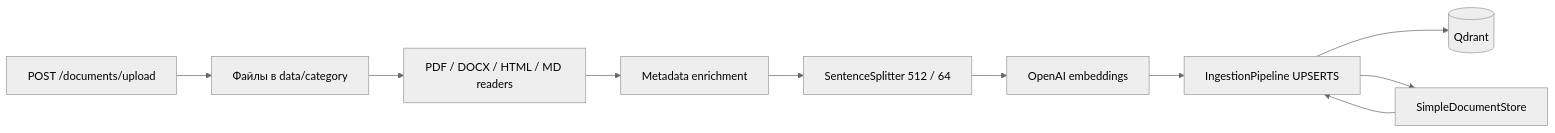
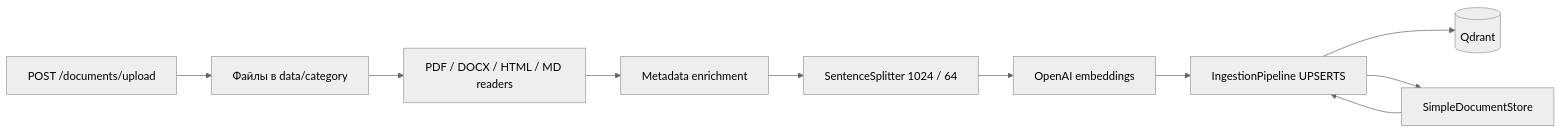
One commit to skoroko/Support_Copilot changed the first of 2 diagrams in docs/rag.md. Above: the diagram before and after it, drawn with Mermaid (neutral theme). The commit also changed other lines of this file and 51 other files, not shown here.

````diff
--- a/docs/rag.md
+++ b/docs/rag.md
@@ -5,12 +5,12 @@
 ```mermaid
 flowchart LR
     A[Файлы в data/category] --> B[PDF / DOCX / HTML / MD readers]
     U[POST /documents/upload] --> A
     B --> C[Metadata enrichment]
-    C --> D[SentenceSplitter 512 / 64]
+    C --> D[SentenceSplitter 1024 / 64]
     D --> E[OpenAI embeddings]
     S[SimpleDocumentStore] --> F[IngestionPipeline UPSERTS]
     E --> F
     F --> Q[(Qdrant)]
     F --> S
 ```
````
